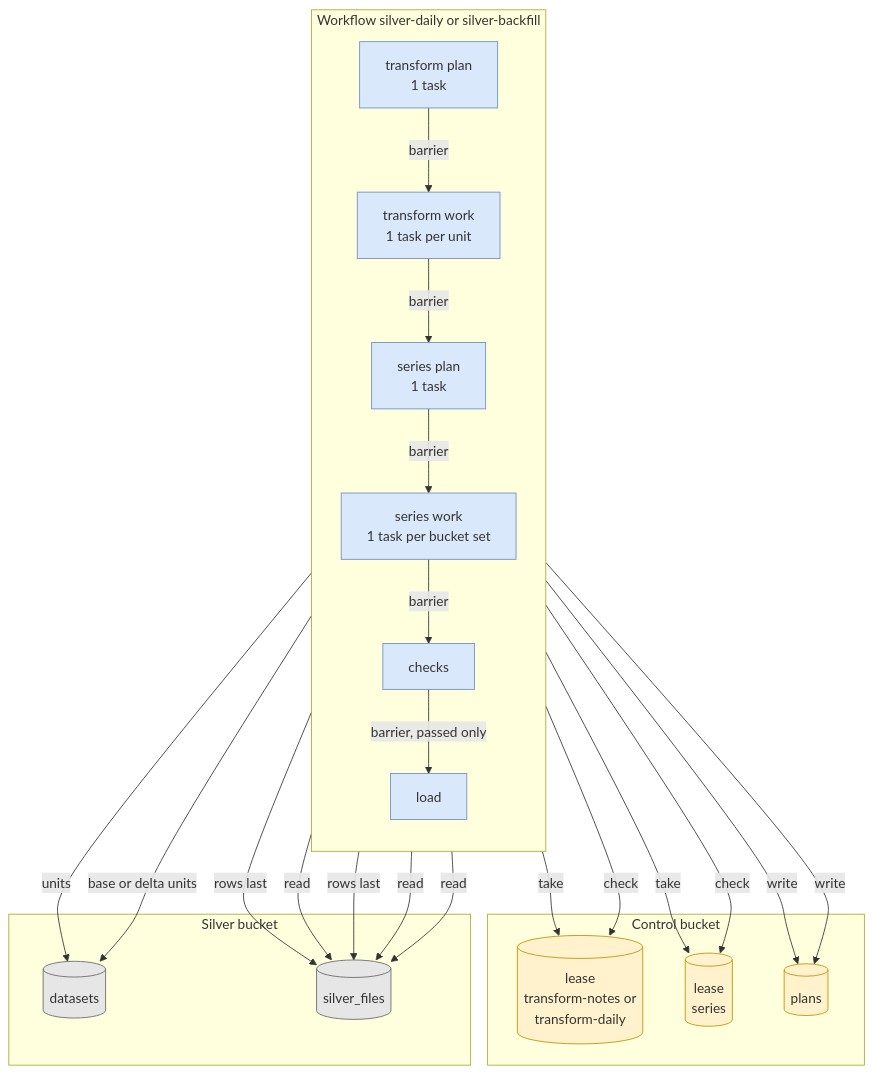
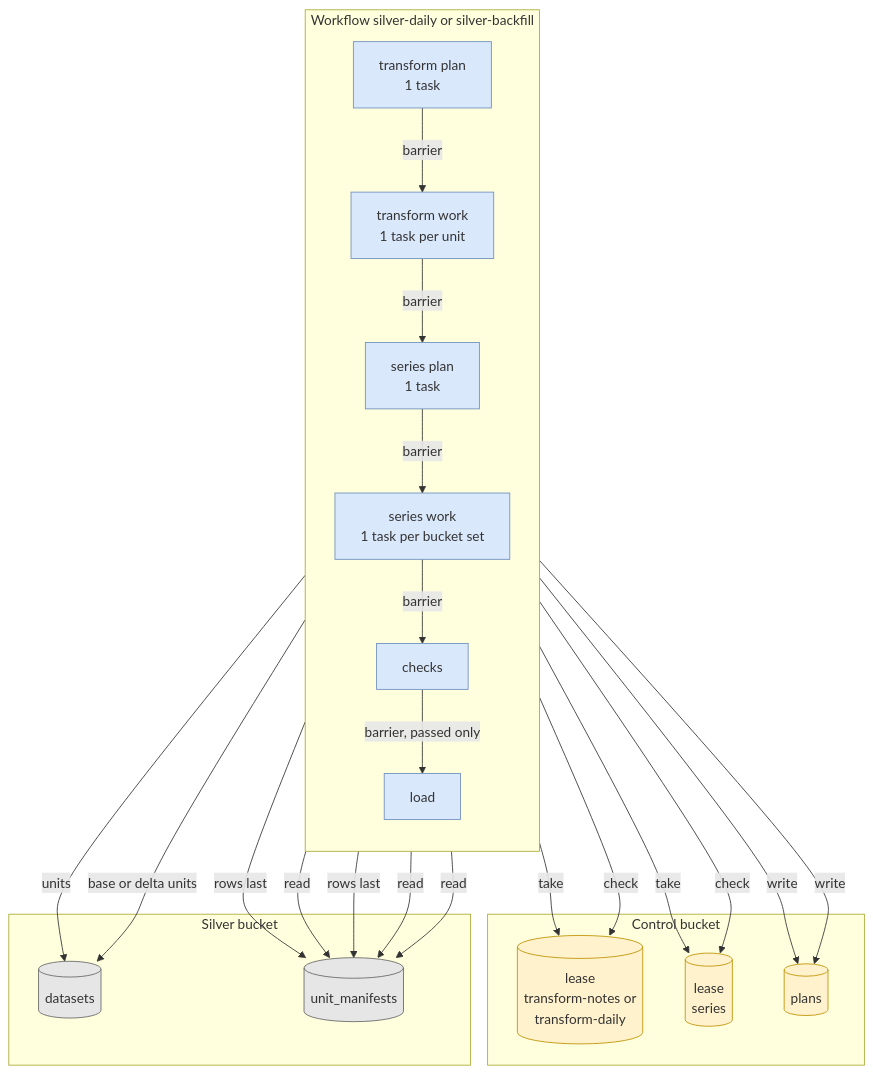
Before and after one commit to ironcapitaleu/arkad: the first of 2 diagrams in sec/design/pipeline/silver_writer_and_jobs.md, drawn with Mermaid. The commit also changed other lines of this file and 33 other files, not shown here.

First line of the commit message:
feat(sec): add UnitManifestRow, the row type of unit_manifests (#679)

````diff
--- a/sec/design/pipeline/silver_writer_and_jobs.md
+++ b/sec/design/pipeline/silver_writer_and_jobs.md
@@ -33,42 +33,42 @@
 ```mermaid
 flowchart TB
     classDef step fill:#dae8fc,stroke:#6c8ebf
     classDef store fill:#e6e6e6,stroke:#666666
     classDef ctl fill:#fff2cc,stroke:#bf9000
 
     subgraph W["Workflow silver-daily or silver-backfill"]
         direction TB
         TP["transform plan<br/>1 task"]:::step
         TW["transform work<br/>1 task per unit"]:::step
         SP["series plan<br/>1 task"]:::step
         SW["series work<br/>1 task per bucket set"]:::step
         CK["checks"]:::step
         LD["load"]:::step
         TP -- "barrier" --> TW -- "barrier" --> SP -- "barrier" --> SW -- "barrier" --> CK -- "barrier, passed only" --> LD
     end
 
     subgraph C["Control bucket"]
         LT[("lease<br/>transform-notes or<br/>transform-daily")]:::ctl
         LS[("lease<br/>series")]:::ctl
         PL[("plans")]:::ctl
     end
 
     subgraph S["Silver bucket"]
         DS[("datasets")]:::store
-        SF[("silver_files")]:::store
+        SF[("unit_manifests")]:::store
     end
 
     TP -- "take" --> LT
     TP -- "write" --> PL
     TW -- "check" --> LT
     TW -- "units" --> DS
     TW -- "rows last" --> SF
     SP -- "take" --> LS
     SP -- "read" --> SF
     SP -- "write" --> PL
     SW -- "check" --> LS
     SW -- "base or delta units" --> DS
     SW -- "rows last" --> SF
     CK -- "read" --> SF
     LD -- "read" --> SF
 ```
````
